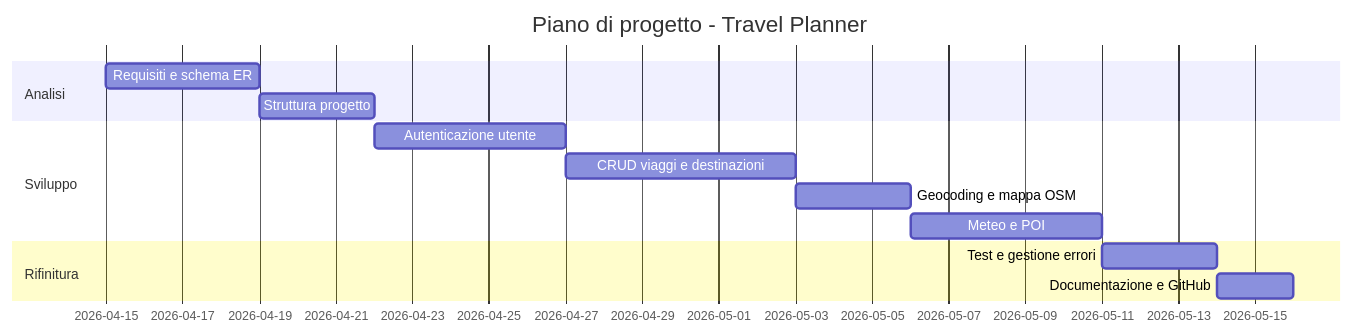
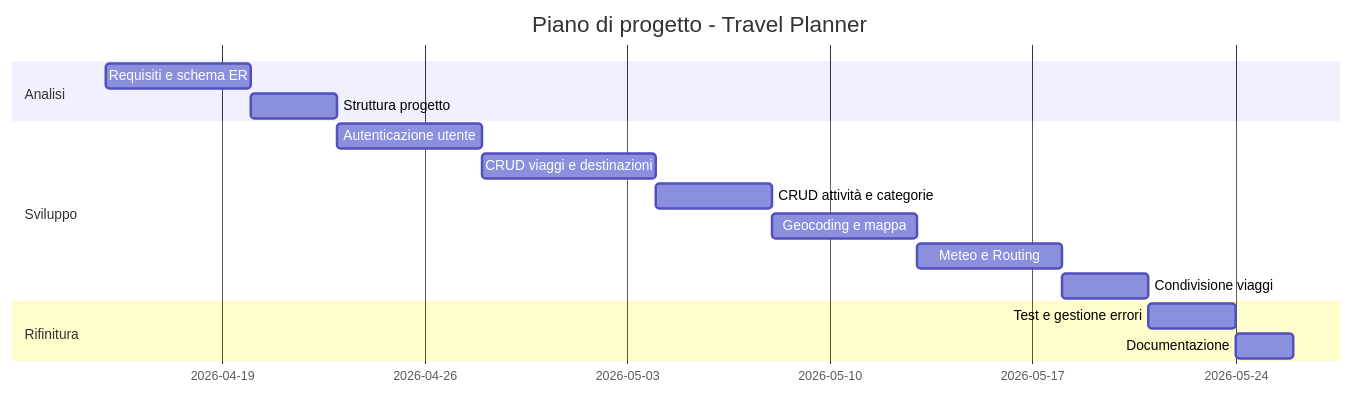
One commit to LucaBernardinii/TravelPlanner-Progetto-Finale changed the diagram in doc_requisiti.md. Above: the diagram before and after it, drawn with Mermaid. The commit also changed other lines of this file and 1 other file, not shown here.

Commit message:
documentazione aggiornata

````diff
--- a/doc_requisiti.md
+++ b/doc_requisiti.md
@@ -209,16 +264,18 @@
 ```mermaid
 gantt
     dateFormat  YYYY-MM-DD
     title Piano di progetto - Travel Planner
     section Analisi
-    Requisiti e schema ER          :a1, 2026-04-15, 4d
+    Requisiti e schema ER          :a1, 2026-04-15, 5d
     Struttura progetto             :a2, after a1, 3d
     section Sviluppo
     Autenticazione utente          :b1, after a2, 5d
     CRUD viaggi e destinazioni     :b2, after b1, 6d
-    Geocoding e mappa OSM          :b3, after b2, 3d
-    Meteo e POI                    :b4, after b3, 5d
+    CRUD attività e categorie      :b3, after b2, 4d
+    Geocoding e mappa              :b4, after b3, 5d
+    Meteo e Routing                :b5, after b4, 5d
+    Condivisione viaggi            :b6, after b5, 3d
     section Rifinitura
-    Test e gestione errori         :c1, after b4, 3d
-    Documentazione e GitHub        :c2, after c1, 2d
+    Test e gestione errori         :c1, after b6, 3d
+    Documentazione                 :c2, after c1, 2d
 ```
````
